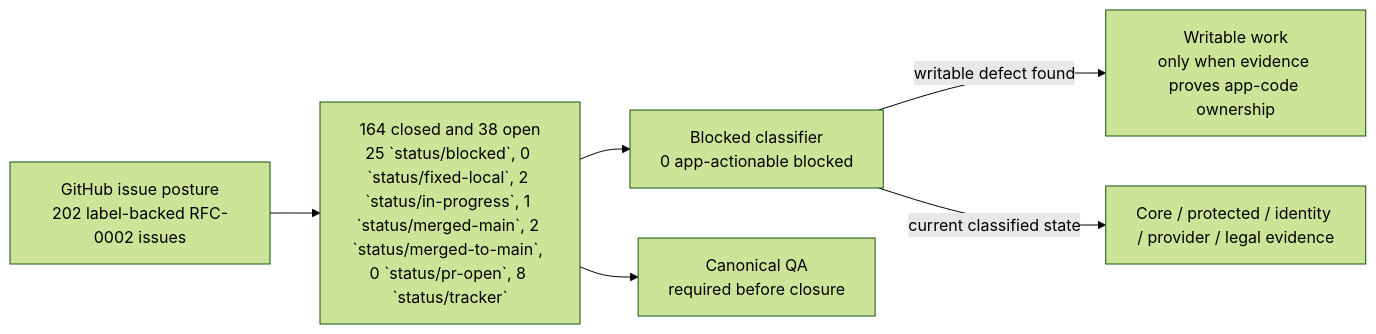
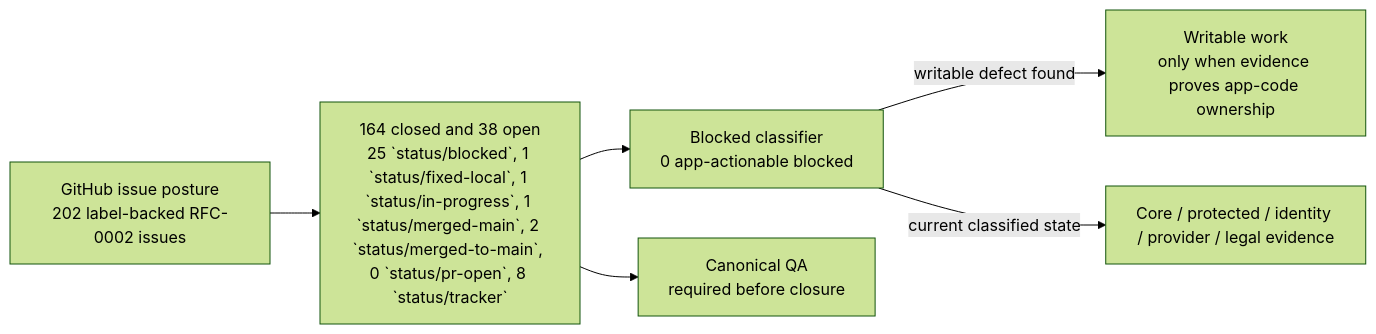
Before and after one commit to sgajbi/lotus-idea: the first of 2 diagrams in wiki/RFC-0002-Execution-Status.md, drawn with Mermaid (forest theme). The commit also changed other lines of this file and 6 other files, not shown here.

````diff
--- a/wiki/RFC-0002-Execution-Status.md
+++ b/wiki/RFC-0002-Execution-Status.md
@@ -39,15 +39,15 @@
 ```mermaid
 flowchart LR
     Issues["GitHub issue posture<br/>202 label-backed RFC-0002 issues"]
-    Open["164 closed and 38 open<br/>25 `status/blocked`, 0 `status/fixed-local`, 2 `status/in-progress`, 1 `status/merged-main`, 2 `status/merged-to-main`, 0 `status/pr-open`, 8 `status/tracker`"]
+    Open["164 closed and 38 open<br/>25 `status/blocked`, 1 `status/fixed-local`, 1 `status/in-progress`, 1 `status/merged-main`, 2 `status/merged-to-main`, 0 `status/pr-open`, 8 `status/tracker`"]
     Blocked["Blocked classifier<br/>0 app-actionable blocked"]
     Work["Writable work<br/>only when evidence proves app-code ownership"]
     External["Core / protected / identity / provider / legal evidence"]
     QA["Canonical QA<br/>required before closure"]
 
     Issues --> Open
     Open --> Blocked
     Blocked -->|"writable defect found"| Work
     Blocked -->|"current classified state"| External
     Open --> QA
 ```
````
